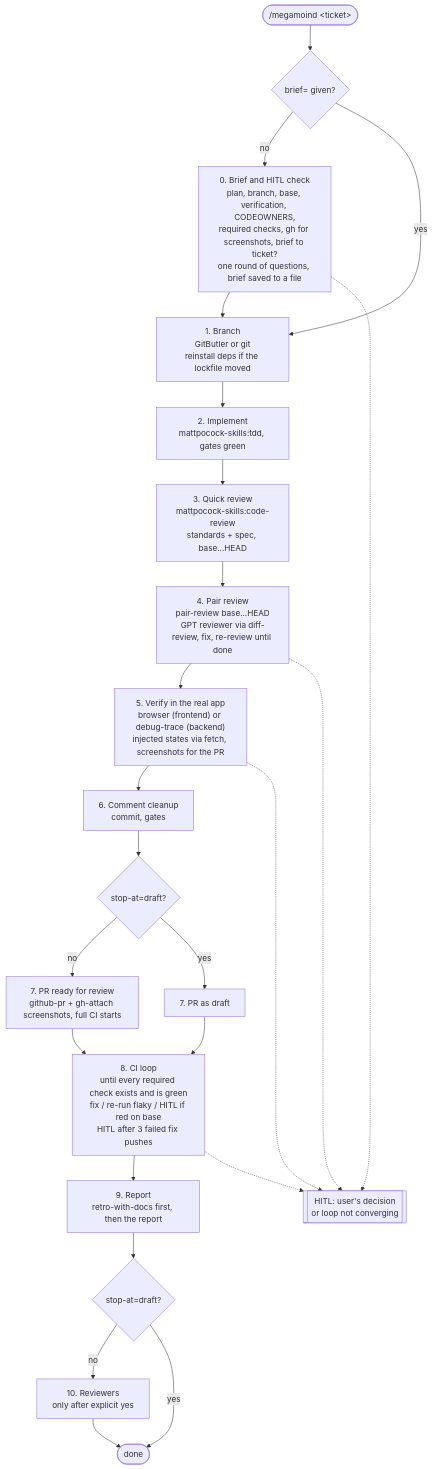
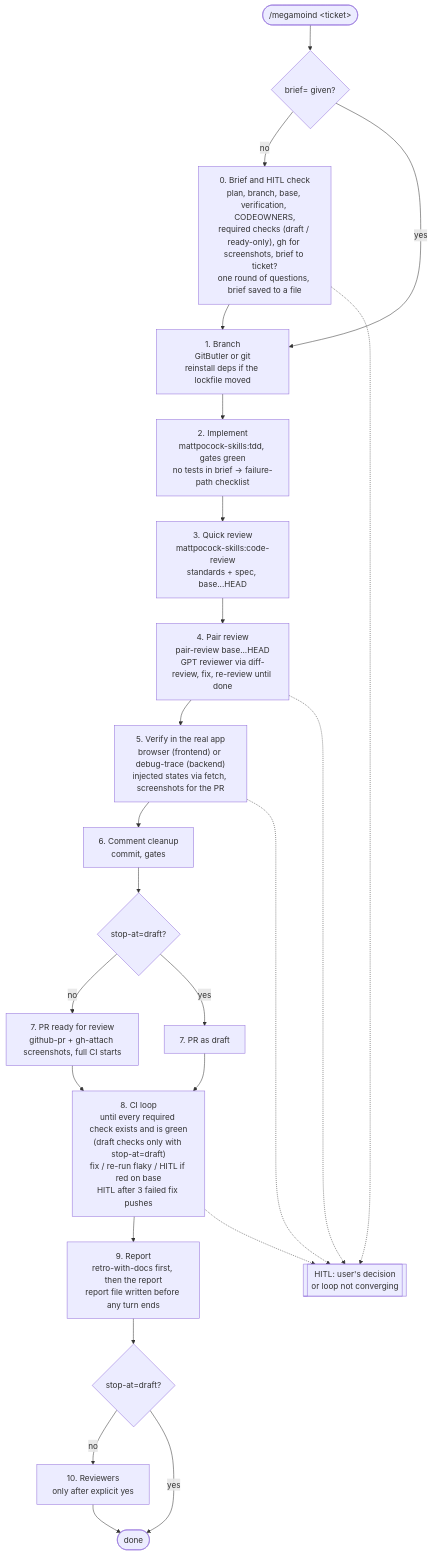
Before and after one commit to moisesrj97/skills: the first of 2 diagrams in docs/megamoind.md, drawn with Mermaid. The commit also changed other lines of this file and 2 other files, not shown here.

Commit message:
feat(megamoind): apply retro-digest findings on CI gates, reports and batch readiness

````diff
--- a/docs/megamoind.md
+++ b/docs/megamoind.md
@@ -7,28 +7,28 @@
 ```mermaid
 flowchart TD
     start(["/megamoind &lt;ticket&gt;"]) --> brief{"brief= given?"}
-    brief -- no --> s0["0. Brief and HITL check<br/>plan, branch, base, verification, CODEOWNERS,<br/>required checks, gh for screenshots, brief to ticket?<br/>one round of questions, brief saved to a file"]
+    brief -- no --> s0["0. Brief and HITL check<br/>plan, branch, base, verification, CODEOWNERS,<br/>required checks (draft / ready-only), gh for screenshots, brief to ticket?<br/>one round of questions, brief saved to a file"]
     brief -- yes --> s1
     s0 --> s1["1. Branch<br/>GitButler or git<br/>reinstall deps if the lockfile moved"]
-    s1 --> s2["2. Implement<br/>mattpocock-skills:tdd, gates green"]
+    s1 --> s2["2. Implement<br/>mattpocock-skills:tdd, gates green<br/>no tests in brief → failure-path checklist"]
     s2 --> s3["3. Quick review<br/>mattpocock-skills:code-review<br/>standards + spec, base...HEAD"]
     s3 --> s4["4. Pair review<br/>pair-review base...HEAD<br/>GPT reviewer via diff-review, fix, re-review until done"]
     s4 --> s5["5. Verify in the real app<br/>browser (frontend) or debug-trace (backend)<br/>injected states via fetch, screenshots for the PR"]
     s5 --> s6["6. Comment cleanup<br/>commit, gates"]
     s6 --> draft{"stop-at=draft?"}
     draft -- no --> s7r["7. PR ready for review<br/>github-pr + gh-attach screenshots, full CI starts"]
     draft -- yes --> s7d["7. PR as draft"]
-    s7r --> s8["8. CI loop<br/>until every required check exists and is green<br/>fix / re-run flaky / HITL if red on base<br/>HITL after 3 failed fix pushes"]
+    s7r --> s8["8. CI loop<br/>until every required check exists and is green<br/>(draft checks only with stop-at=draft)<br/>fix / re-run flaky / HITL if red on base<br/>HITL after 3 failed fix pushes"]
     s7d --> s8
-    s8 --> s9["9. Report<br/>retro-with-docs first, then the report"]
+    s8 --> s9["9. Report<br/>retro-with-docs first, then the report<br/>report file written before any turn ends"]
     s9 --> stopdraft{"stop-at=draft?"}
     stopdraft -- no --> s10["10. Reviewers<br/>only after explicit yes"]
     stopdraft -- yes --> done([done])
     s10 --> done
 
     hitl[["HITL: user's decision<br/>or loop not converging"]]
     s0 -.-> hitl
     s4 -.-> hitl
     s5 -.-> hitl
     s8 -.-> hitl
 ```
````
